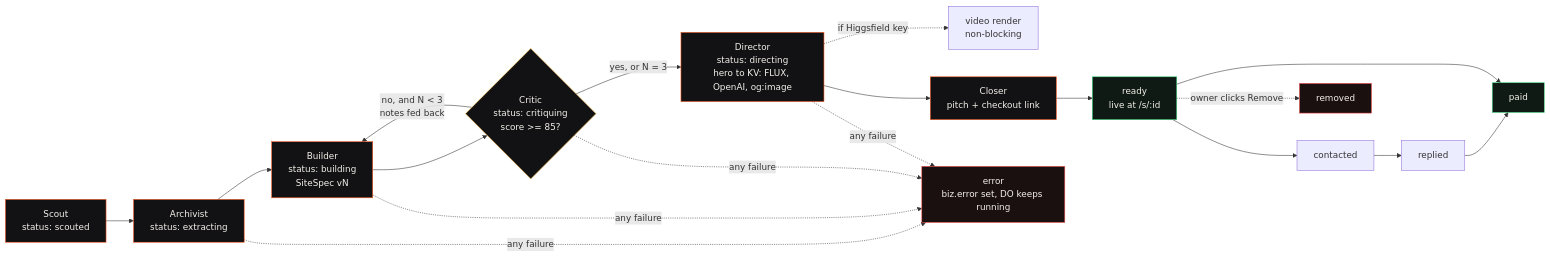
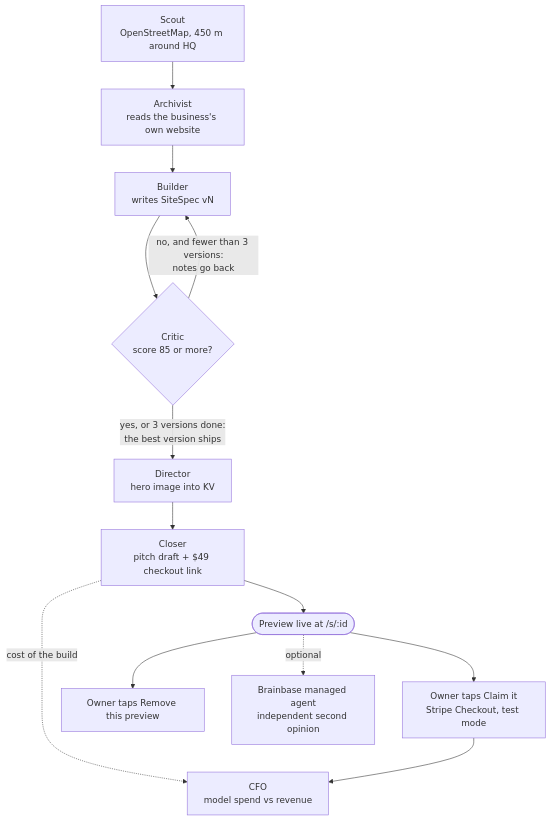
Before and after one commit to vnmoorthy/coldopen: the first of 2 diagrams in README.md, drawn with Mermaid. The commit also changed other lines of this file and 55 other files, not shown here.

````diff
--- a/README.md
+++ b/README.md
@@ -219,20 +163,15 @@
 ```mermaid
-flowchart LR
-    classDef agent fill:#121214,stroke:#FF5B1F,color:#F4F1EA
-    classDef gate fill:#121214,stroke:#FFC247,color:#F4F1EA
-    classDef money fill:#0f1a14,stroke:#3DDC84,color:#F4F1EA
-    classDef end1 fill:#1a1010,stroke:#FF4D4D,color:#F4F1EA
-
-    S["Scout<br/>status: scouted"]:::agent --> A["Archivist<br/>status: extracting"]:::agent
-    A --> B["Builder<br/>status: building<br/>SiteSpec vN"]:::agent
-    B --> C{"Critic<br/>status: critiquing<br/>score >= 85?"}:::gate
-    C -- "no, and N < 3<br/>notes fed back" --> B
-    C -- "yes, or N = 3" --> D["Director<br/>status: directing<br/>hero to KV: FLUX, OpenAI, og:image"]:::agent
-    D -. "if Higgsfield key" .-> V["video render<br/>non-blocking"]
-    D --> CL["Closer<br/>pitch + checkout link"]:::agent
-    CL --> R["ready<br/>live at /s/:id"]:::money
-    R --> CT["contacted"] --> RP["replied"] --> P["paid"]:::money
-    R --> P
-    R -. "owner clicks Remove" .-> X["removed"]:::end1
-    A & B & C & D -. "any failure" .-> E["error<br/>biz.error set, DO keeps running"]:::end1
+flowchart TD
+    S["Scout<br/>OpenStreetMap, 450 m around HQ"] --> A["Archivist<br/>reads the business's own website"]
+    A --> B["Builder<br/>writes SiteSpec vN"]
+    B --> C{"Critic<br/>score 85 or more?"}
+    C -- "no, and fewer than 3 versions:<br/>notes go back" --> B
+    C -- "yes, or 3 versions done:<br/>the best version ships" --> D["Director<br/>hero image into KV"]
+    D --> K["Closer<br/>pitch draft + $49 checkout link"]
+    K --> R(["Preview live at /s/:id"])
+    K -. "cost of the build" .-> F["CFO<br/>model spend vs revenue"]
+    R --> P["Owner taps Claim it<br/>Stripe Checkout, test mode"]
+    R --> X["Owner taps Remove this preview"]
+    P --> F
+    R -. "optional" .-> BB["Brainbase managed agent<br/>independent second opinion"]
 ```
````
